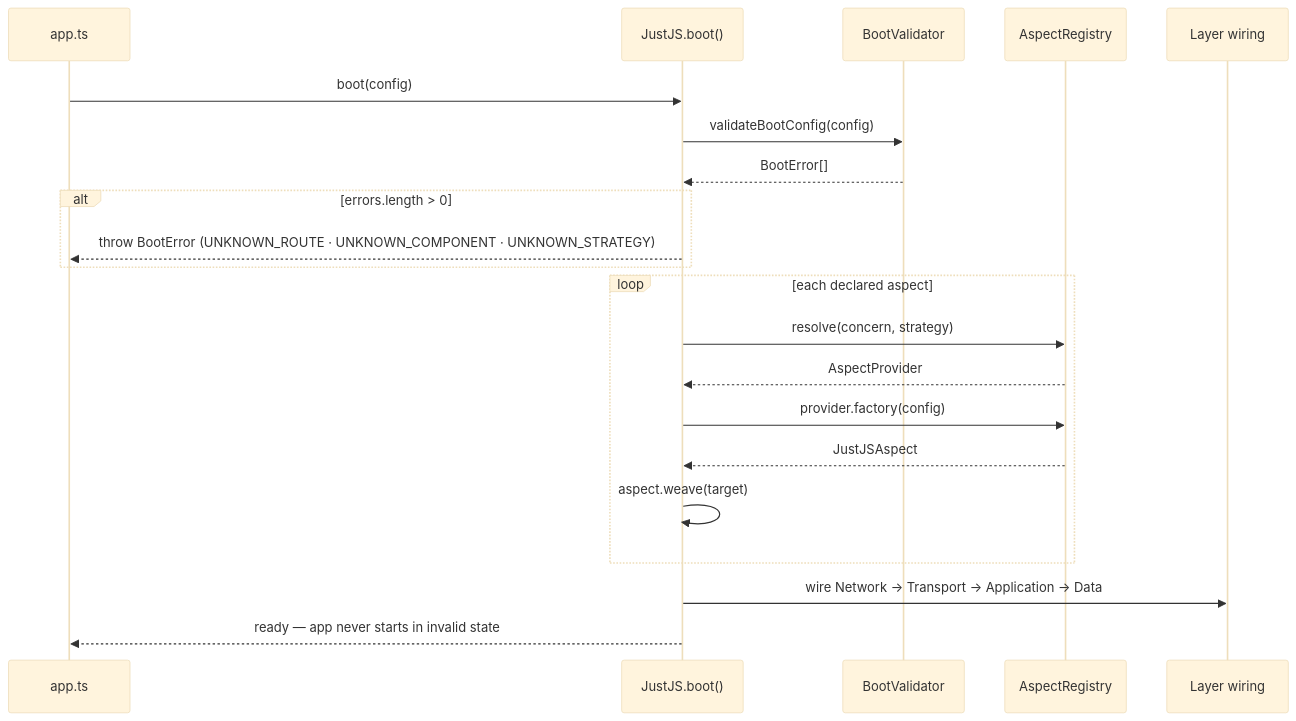
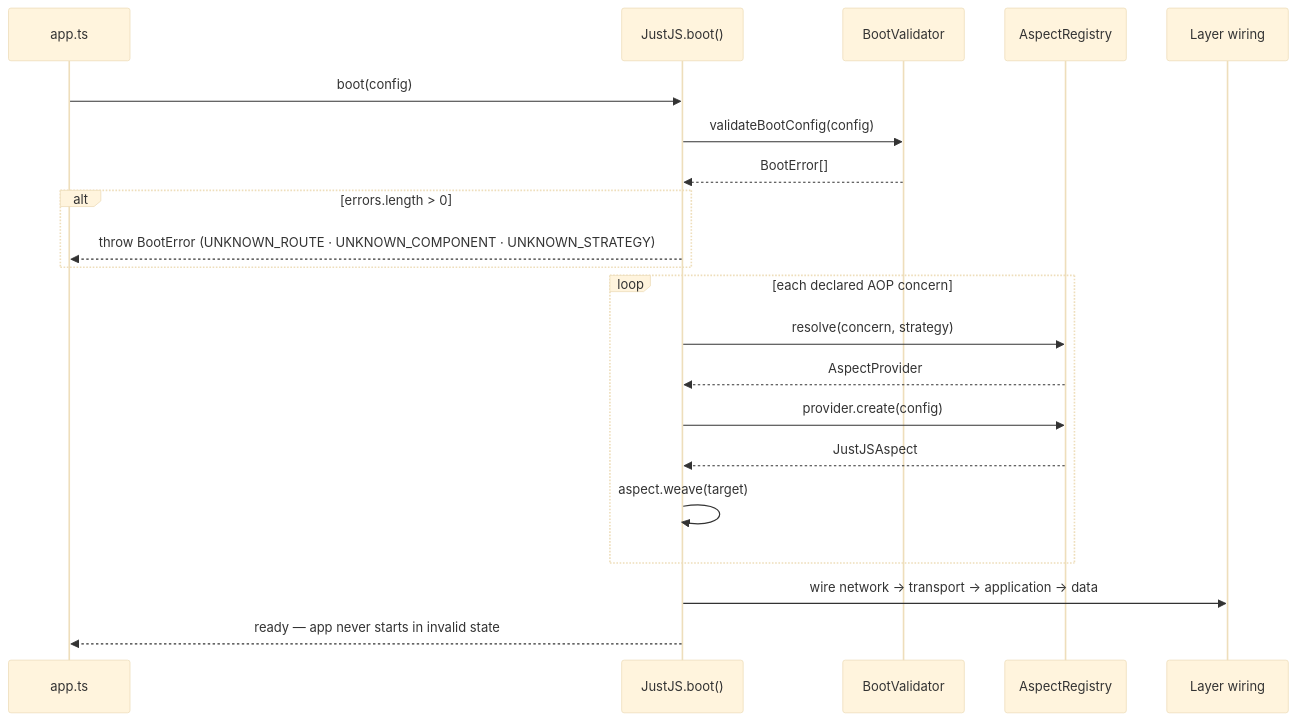
The third of 6 diagrams in docs/3-design/architecture.md (sweengineeringlabs/justjs), drawn with Mermaid (base theme) before and after one commit. The commit also changed other lines of this file and 1 other file, not shown here.

Commit message:
docs: align ADR and architecture with OSI + AOP + platform workspace model

````diff
--- a/docs/3-design/architecture.md
+++ b/docs/3-design/architecture.md
@@ -81,27 +115,27 @@
 ```mermaid
 sequenceDiagram
   participant App as app.ts
   participant Boot as JustJS.boot()
   participant V as BootValidator
   participant SPI as AspectRegistry
   participant L as Layer wiring
 
   App->>Boot: boot(config)
   Boot->>V: validateBootConfig(config)
   V-->>Boot: BootError[]
 
   alt errors.length > 0
     Boot-->>App: throw BootError (UNKNOWN_ROUTE · UNKNOWN_COMPONENT · UNKNOWN_STRATEGY)
   end
 
-  loop each declared aspect
+  loop each declared AOP concern
     Boot->>SPI: resolve(concern, strategy)
     SPI-->>Boot: AspectProvider
-    Boot->>SPI: provider.factory(config)
+    Boot->>SPI: provider.create(config)
     SPI-->>Boot: JustJSAspect
     Boot->>Boot: aspect.weave(target)
   end
 
-  Boot->>L: wire Network → Transport → Application → Data
+  Boot->>L: wire network → transport → application → data
   Boot-->>App: ready — app never starts in invalid state
 ```
````
